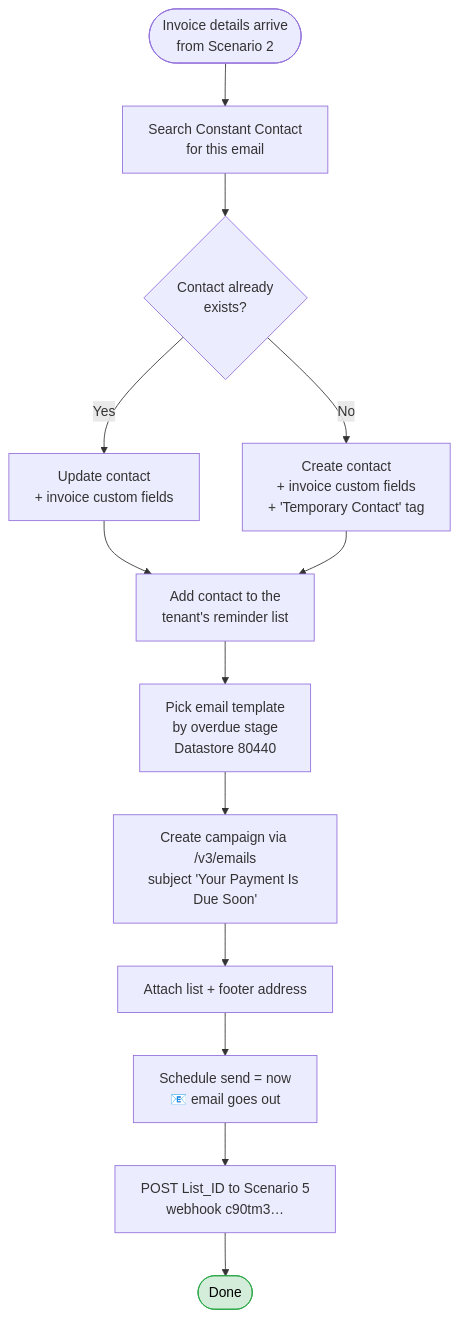
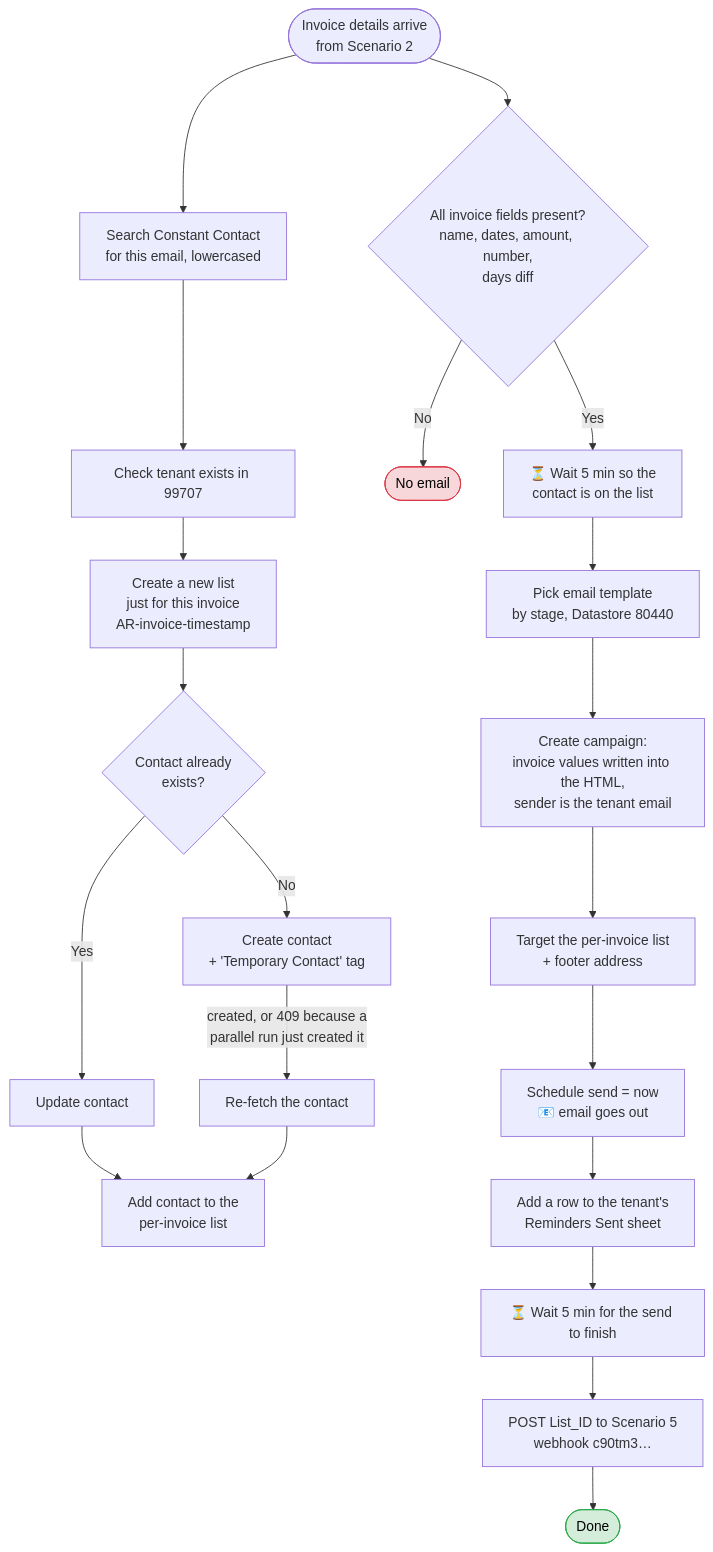
The fourth of 4 diagrams in README.md (Zerubabel-J/ar-automation-docs), drawn with Mermaid before and after one commit. The commit also changed other lines of this file, not shown here.

Commit message:
Update docs to current AR setup (per-tenant triggers, per-invoice lists, logs)

````diff
--- a/README.md
+++ b/README.md
@@ -191,18 +209,27 @@
 ```mermaid
 flowchart TD
-    IN([Invoice details arrive<br/>from Scenario 2]) --> FIND[Search Constant Contact<br/>for this email]
-    FIND --> EXIST{Contact already<br/>exists?}
-    EXIST -- "Yes" --> UPD[Update contact<br/>+ invoice custom fields]
-    EXIST -- "No" --> CRE["Create contact<br/>+ invoice custom fields<br/>+ 'Temporary Contact' tag"]
-    UPD --> LIST[Add contact to the<br/>tenant's reminder list]
-    CRE --> LIST
+    IN([Invoice details arrive<br/>from Scenario 2]) --> FIND[Search Constant Contact<br/>for this email, lowercased]
+    FIND --> TEN[Check tenant exists in 99707]
+    TEN --> NEWLIST[Create a new list<br/>just for this invoice<br/>AR-invoice-timestamp]
+    NEWLIST --> EXIST{Contact already<br/>exists?}
+    EXIST -- "Yes" --> UPD[Update contact]
+    EXIST -- "No" --> CRE["Create contact<br/>+ 'Temporary Contact' tag"]
+    CRE -- "created, or 409 because a<br/>parallel run just created it" --> REFETCH[Re-fetch the contact]
+    UPD --> LIST[Add contact to the<br/>per-invoice list]
+    REFETCH --> LIST
 
-    LIST --> TPL[Pick email template<br/>by overdue stage<br/>Datastore 80440]
-    TPL --> MAKE[Create campaign via /v3/emails<br/>subject 'Your Payment Is Due Soon']
-    MAKE --> ATT[Attach list + footer address]
+    IN --> GATE{All invoice fields present?<br/>name, dates, amount, number,<br/>days diff}
+    GATE -- "No" --> STOPG([No email]):::stop
+    GATE -- "Yes" --> WAIT[⏳ Wait 5 min so the<br/>contact is on the list]
+    WAIT --> TPL[Pick email template<br/>by stage, Datastore 80440]
+    TPL --> MAKE["Create campaign:<br/>invoice values written into the HTML,<br/>sender is the tenant email"]
+    MAKE --> ATT[Target the per-invoice list<br/>+ footer address]
     ATT --> GO["Schedule send = now<br/>📧 email goes out"]
-    GO --> CLEAN[POST List_ID to Scenario 5<br/>webhook c90tm3…]
+    GO --> LOG[Add a row to the tenant's<br/>Reminders Sent sheet]
+    LOG --> WAIT2[⏳ Wait 5 min for the send to finish]
+    WAIT2 --> CLEAN[POST List_ID to Scenario 5<br/>webhook c90tm3…]
     CLEAN --> DONE([Done]):::done
 
     classDef done fill:#d4edda,stroke:#28a745,color:#000;
+    classDef stop fill:#f8d7da,stroke:#dc3545,color:#000;
 ```
````
